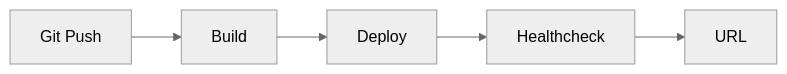
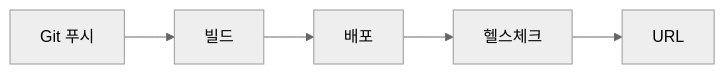
The diagram in content/portfolio-project-101/ko/05-deploying-the-project.md (yeongseon-books/book-content), drawn with Mermaid (neutral theme) before and after one commit. The commit also changed other lines of this file and 4 other files, not shown here.

````diff
--- a/content/portfolio-project-101/ko/05-deploying-the-project.md
+++ b/content/portfolio-project-101/ko/05-deploying-the-project.md
@@ -33,7 +48,7 @@
 ```mermaid
 flowchart LR
-    G[Git Push] --> B[Build]
-    B --> D[Deploy]
-    D --> H[Healthcheck]
+    G[Git 푸시] --> B[빌드]
+    B --> D[배포]
+    D --> H[헬스체크]
     H --> U[URL]
 ```
````
